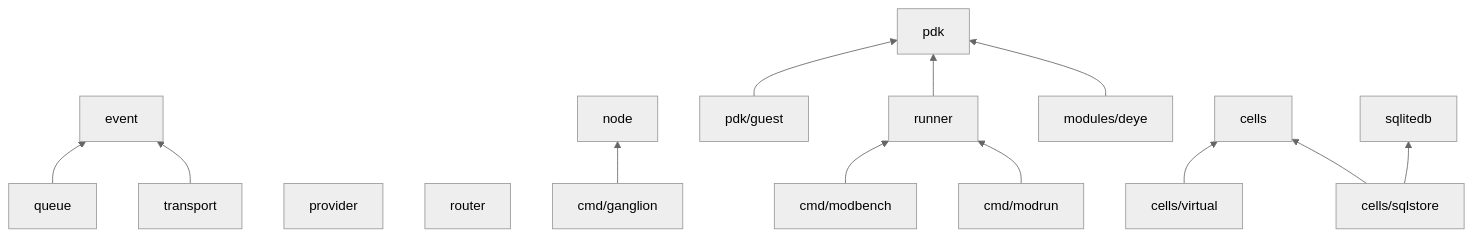
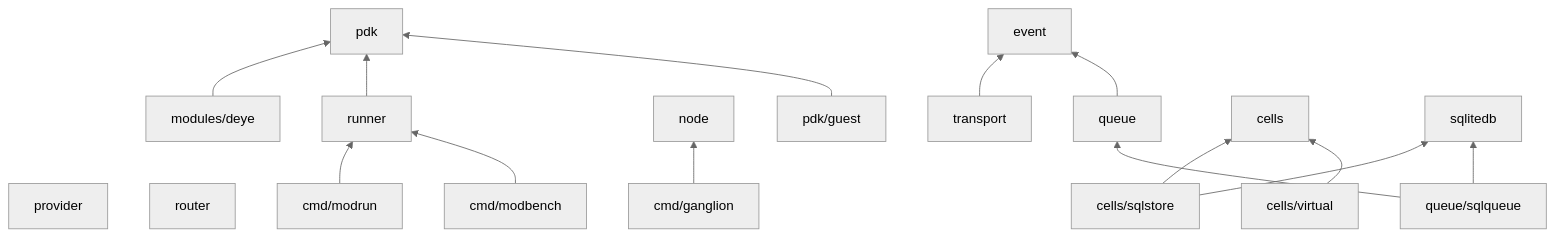
The diagram in docs/architecture/05-code-map.md (igorrius/ganglion), drawn with Mermaid (neutral theme) before and after one commit. The commit also changed other lines of this file and 6 other files, not shown here.

First line of the commit message:
queue/sqlqueue: SQLite inbox with ordered leases and atomic complete

````diff
--- a/docs/architecture/05-code-map.md
+++ b/docs/architecture/05-code-map.md
@@ -42,20 +42,22 @@
 ```mermaid
 flowchart BT
     event["event"]
     transport["transport"] --> event
     queue["queue"] --> event
     provider["provider"]
     router["router"]
     node["node"]
     cmd["cmd/ganglion"] --> node
     pdk["pdk"]
     deye["modules/deye"] --> pdk
     runner["runner"] --> pdk
     modrun["cmd/modrun"] --> runner
     modbench["cmd/modbench"] --> runner
     guest["pdk/guest"] --> pdk
     cellsp["cells"]
     sqlstore["cells/sqlstore"] --> cellsp
     sqlstore --> sqlitedb["sqlitedb"]
     virtualb["cells/virtual"] --> cellsp
+    sqlqueue["queue/sqlqueue"] --> queue
+    sqlqueue --> sqlitedb
 ```
````
